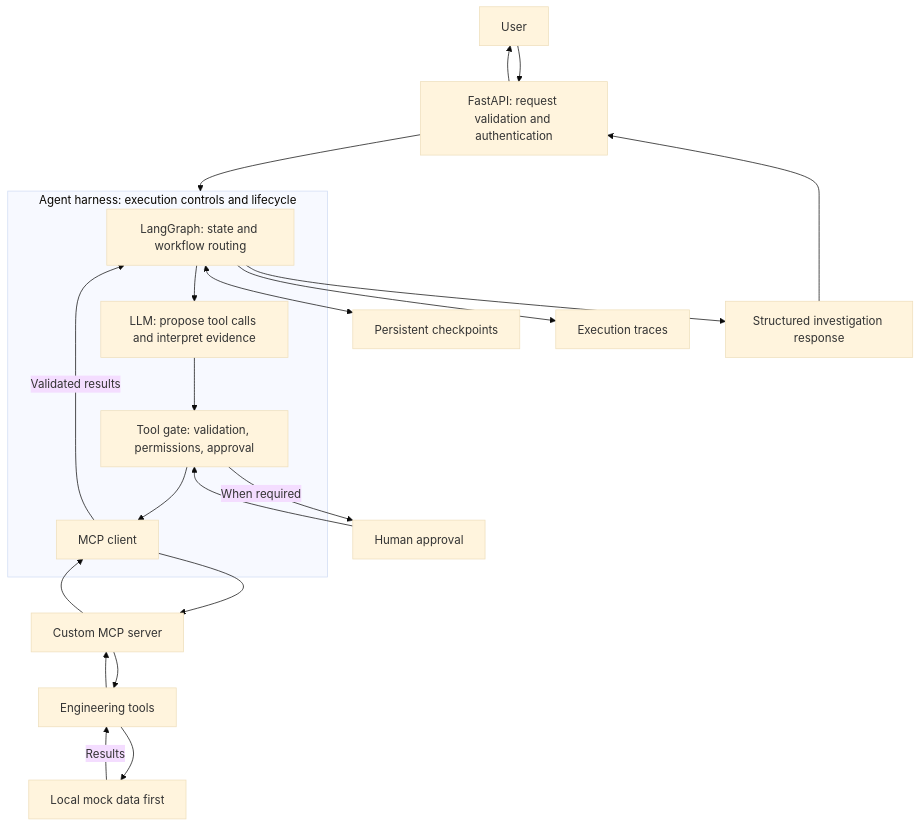
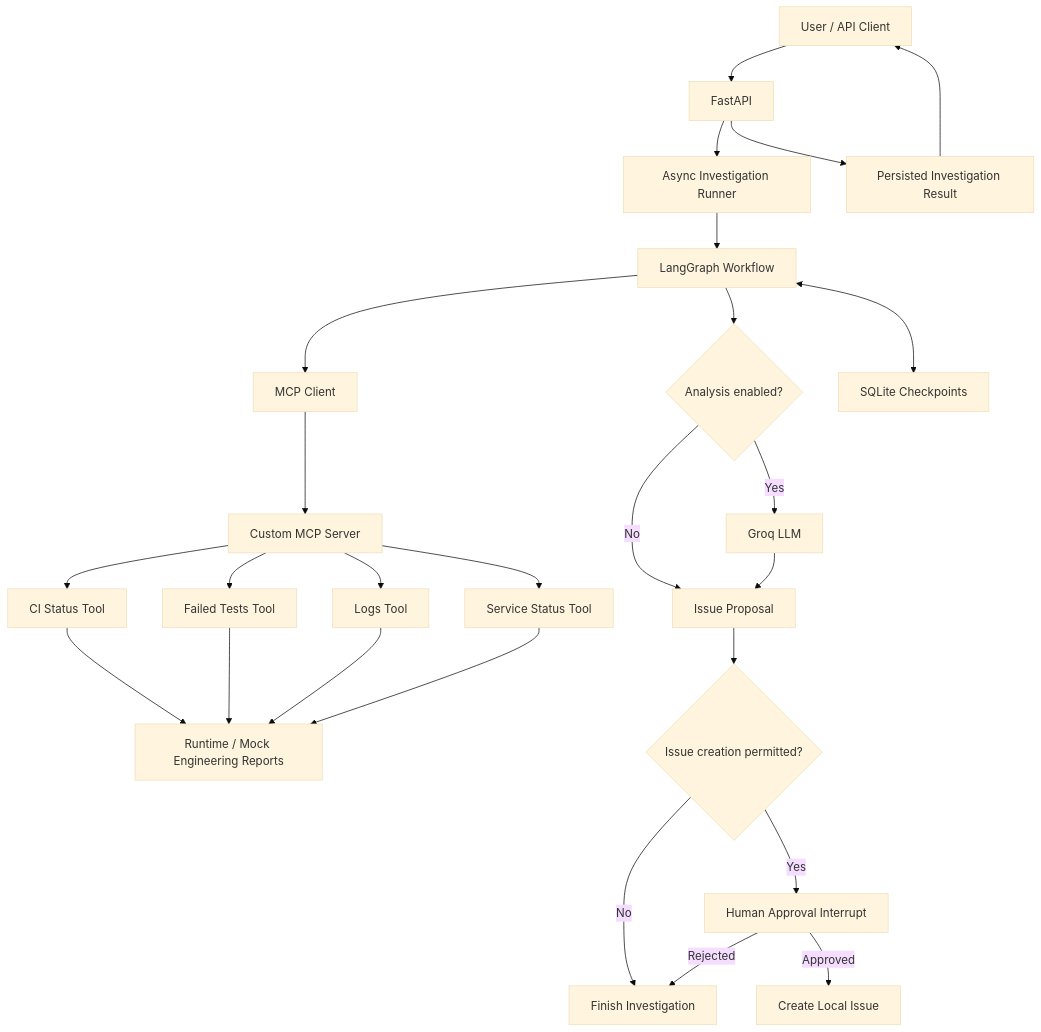
Before and after one commit to oumas3/ai-engineering-ops-agent: the diagram in README.md, drawn with Mermaid (base theme). The commit also changed other lines of this file and 1 other file, not shown here.

Commit message:
Refactor import statements in test_api_models.py for improved readability

````diff
--- a/README.md
+++ b/README.md
@@ -75,32 +37,40 @@
 ```mermaid
 flowchart TD
-    User["User"] --> API["FastAPI: request validation and authentication"]
-    API --> Harness
+    User["User / API Client"] --> API["FastAPI"]
 
-    subgraph Harness["Agent harness: execution controls and lifecycle"]
-        Graph["LangGraph: state and workflow routing"]
-        Model["LLM: propose tool calls and interpret evidence"]
-        Gate["Tool gate: validation, permissions, approval"]
-        Client["MCP client"]
-        Graph --> Model
-        Model --> Gate
-        Gate --> Client
-        Client -->|"Validated results"| Graph
-    end
+    API --> Runner["Async Investigation Runner"]
 
-    Client --> Server["Custom MCP server"]
-    Server --> Tools["Engineering tools"]
-    Tools --> Data["Local mock data first"]
-    Data -->|"Results"| Tools
-    Tools --> Server
-    Server --> Client
+    Runner --> Graph["LangGraph Workflow"]
 
-    Gate -->|"When required"| Approval["Human approval"]
-    Approval --> Gate
+    Graph --> MCPClient["MCP Client"]
+    MCPClient --> MCPServer["Custom MCP Server"]
 
-    Graph <--> Store["Persistent checkpoints"]
-    Graph --> Traces["Execution traces"]
-    Graph --> Response["Structured investigation response"]
-    Response --> API
-    API --> User
+    MCPServer --> CI["CI Status Tool"]
+    MCPServer --> Tests["Failed Tests Tool"]
+    MCPServer --> Logs["Logs Tool"]
+    MCPServer --> Health["Service Status Tool"]
+
+    CI --> Reports["Runtime / Mock Engineering Reports"]
+    Tests --> Reports
+    Logs --> Reports
+    Health --> Reports
+
+    Graph --> Analysis{"Analysis enabled?"}
+
+    Analysis -->|Yes| Groq["Groq LLM"]
+    Analysis -->|No| Proposal["Issue Proposal"]
+    Groq --> Proposal
+
+    Proposal --> Permission{"Issue creation permitted?"}
+
+    Permission -->|No| Finish["Finish Investigation"]
+    Permission -->|Yes| Approval["Human Approval Interrupt"]
+
+    Approval -->|Rejected| Finish
+    Approval -->|Approved| Issue["Create Local Issue"]
+
+    Graph <--> SQLite["SQLite Checkpoints"]
+
+    API --> Result["Persisted Investigation Result"]
+    Result --> User
 ```
````
